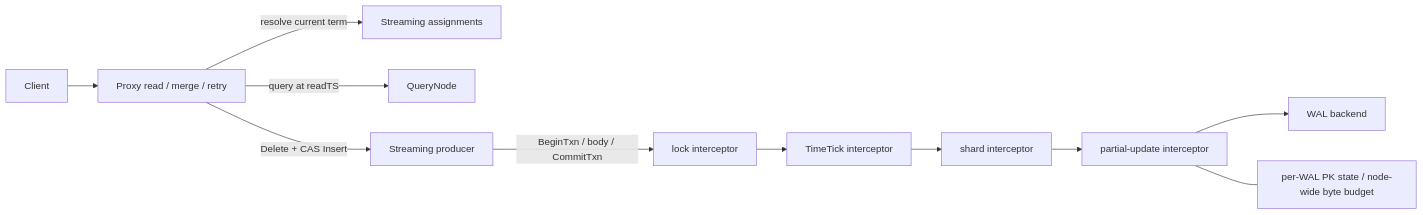
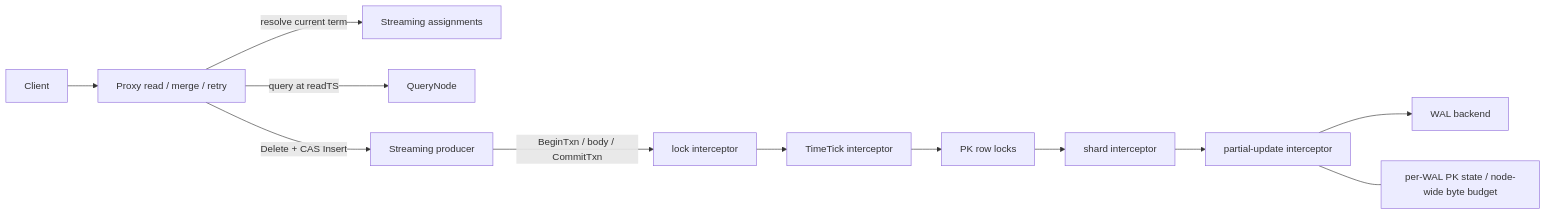
One commit to milvus-io/milvus changed the first of 2 diagrams in docs/design-docs/design_docs/20260601-partial-update-optimistic-lock-design.md. Above: the diagram before and after it, drawn with Mermaid. The commit also changed other lines of this file and 25 other files, not shown here.

First line of the commit message:
fix: [hotfix-3.0.3] use PK row locks for partial-update CAS

````diff
--- a/docs/design-docs/design_docs/20260601-partial-update-optimistic-lock-design.md
+++ b/docs/design-docs/design_docs/20260601-partial-update-optimistic-lock-design.md
@@ -194,13 +209,14 @@
 ```mermaid
 flowchart LR
     Client[Client] --> Proxy[Proxy read / merge / retry]
     Proxy -->|resolve current term| Assignment[Streaming assignments]
     Proxy -->|query at readTS| QueryNode[QueryNode]
     Proxy -->|Delete + CAS Insert| Producer[Streaming producer]
     Producer -->|BeginTxn / body / CommitTxn| Lock[lock interceptor]
     Lock --> TimeTick[TimeTick interceptor]
-    TimeTick --> Shard[shard interceptor]
+    TimeTick --> Guard[PK row locks]
+    Guard --> Shard[shard interceptor]
     Shard --> CAS[partial-update interceptor]
     CAS --> WAL[WAL backend]
     CAS --- Index[per-WAL PK state / node-wide byte budget]
 ```
````
